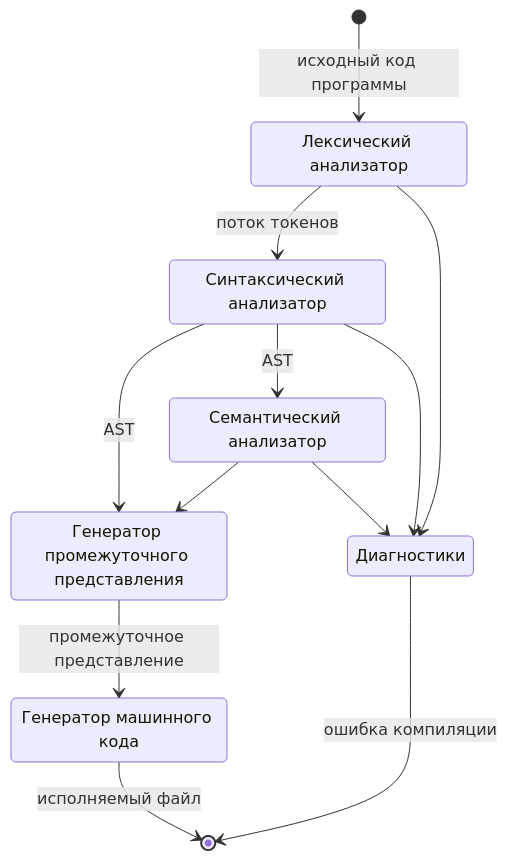
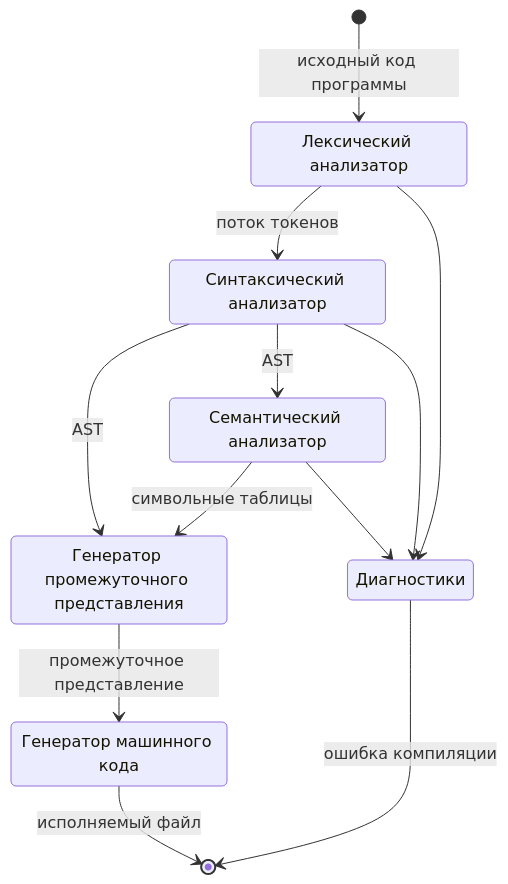
Before and after one commit to ITesserakt/Kodept: the diagram in 01 - Курсовые проекты/2023-2024 - Разр. механизма вывода типов для компилятора языка Kodept/src/mermaid/pipeline.mmd, drawn with Mermaid. The commit also changed 20 other files, not shown here.

```diff
--- a/01 - Курсовые проекты/2023-2024 - Разр. механизма вывода типов для компилятора языка Kodept/src/mermaid/pipeline.mmd
+++ b/01 - Курсовые проекты/2023-2024 - Разр. механизма вывода типов для компилятора языка Kodept/src/mermaid/pipeline.mmd
@@ -1,21 +1,21 @@
 stateDiagram-v2
     Err: Диагностики
     Le: Лексический анализатор
     Sy: Синтаксический анализатор
     Se: Семантический анализатор
     IR: Генератор промежуточного представления
     Ge: Генератор машинного кода
 
     [*] --> Le: исходный код программы
     Le --> Sy: поток токенов
     Sy --> Se: AST
     Sy --> IR: AST
-    Se --> IR
+    Se --> IR: символьные таблицы
     IR --> Ge: промежуточное представление
     Ge --> [*]: исполняемый файл
 
     Se --> Err
     Sy --> Err
     Le --> Err
 
     Err --> [*]: ошибка компиляции
```
